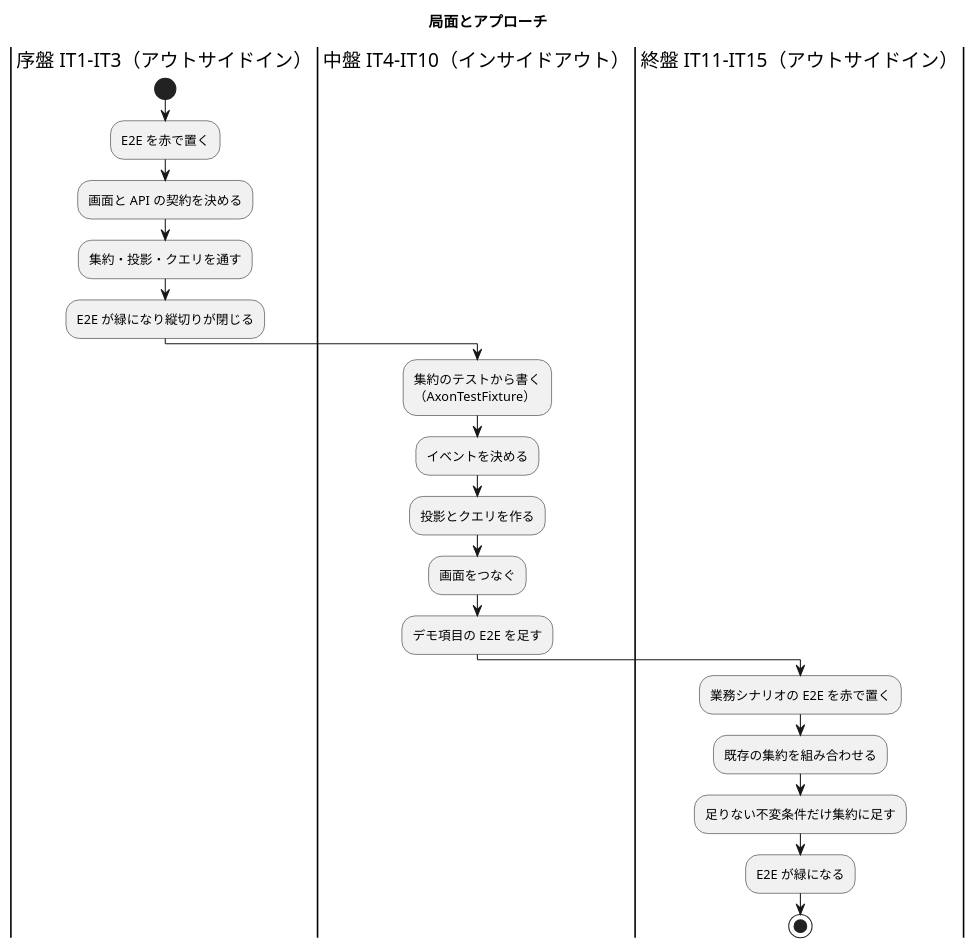
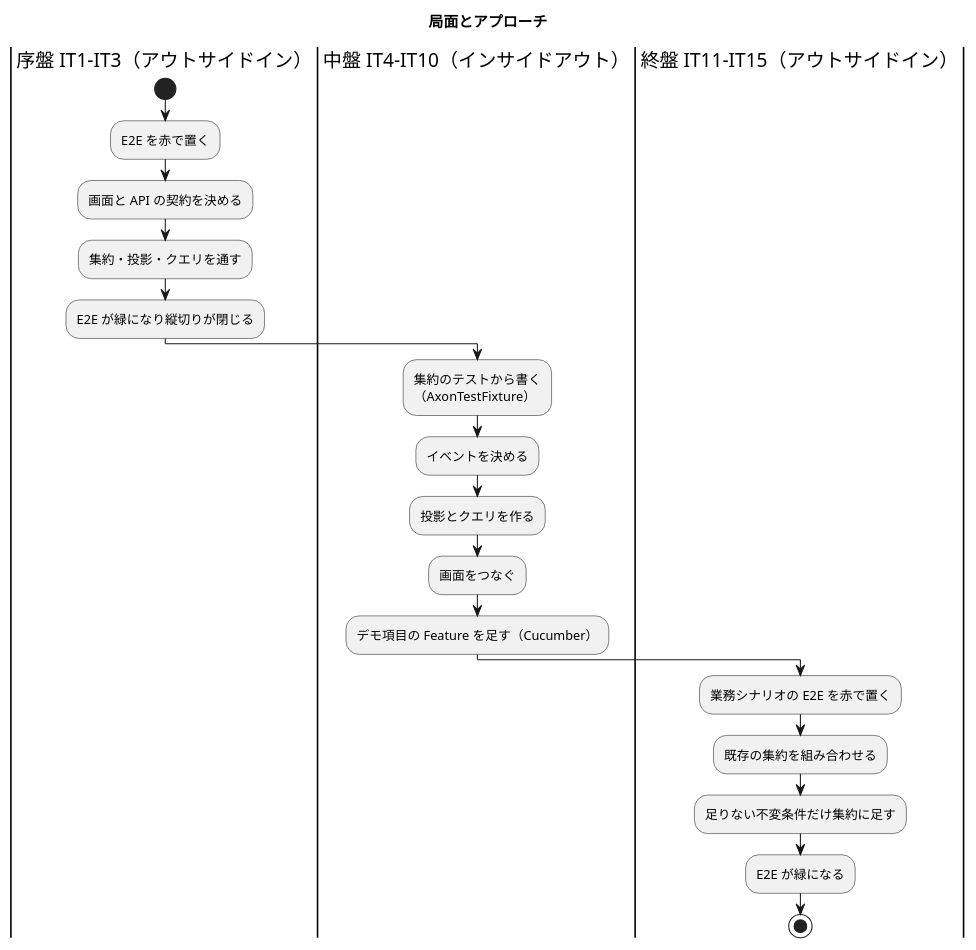
One commit to k2works/case-study-cargo-tracker changed the first of 4 diagrams in docs/development/cargo-tracker/development_strategy.md. Above: the diagram before and after it, drawn with PlantUML. The commit also changed other lines of this file and 5 other files, not shown here.

````diff
--- a/docs/development/cargo-tracker/development_strategy.md
+++ b/docs/development/cargo-tracker/development_strategy.md
@@ -45,26 +45,26 @@
 ```plantuml
 @startuml
 title 局面とアプローチ
 
 |序盤 IT1-IT3（アウトサイドイン）|
 start
 :E2E を赤で置く;
 :画面と API の契約を決める;
 :集約・投影・クエリを通す;
 :E2E が緑になり縦切りが閉じる;
 
 |中盤 IT4-IT10（インサイドアウト）|
 :集約のテストから書く\n（AxonTestFixture）;
 :イベントを決める;
 :投影とクエリを作る;
 :画面をつなぐ;
-:デモ項目の E2E を足す;
+:デモ項目の Feature を足す（Cucumber）;
 
 |終盤 IT11-IT15（アウトサイドイン）|
 :業務シナリオの E2E を赤で置く;
 :既存の集約を組み合わせる;
 :足りない不変条件だけ集約に足す;
 :E2E が緑になる;
 stop
 @enduml
 ```
````
